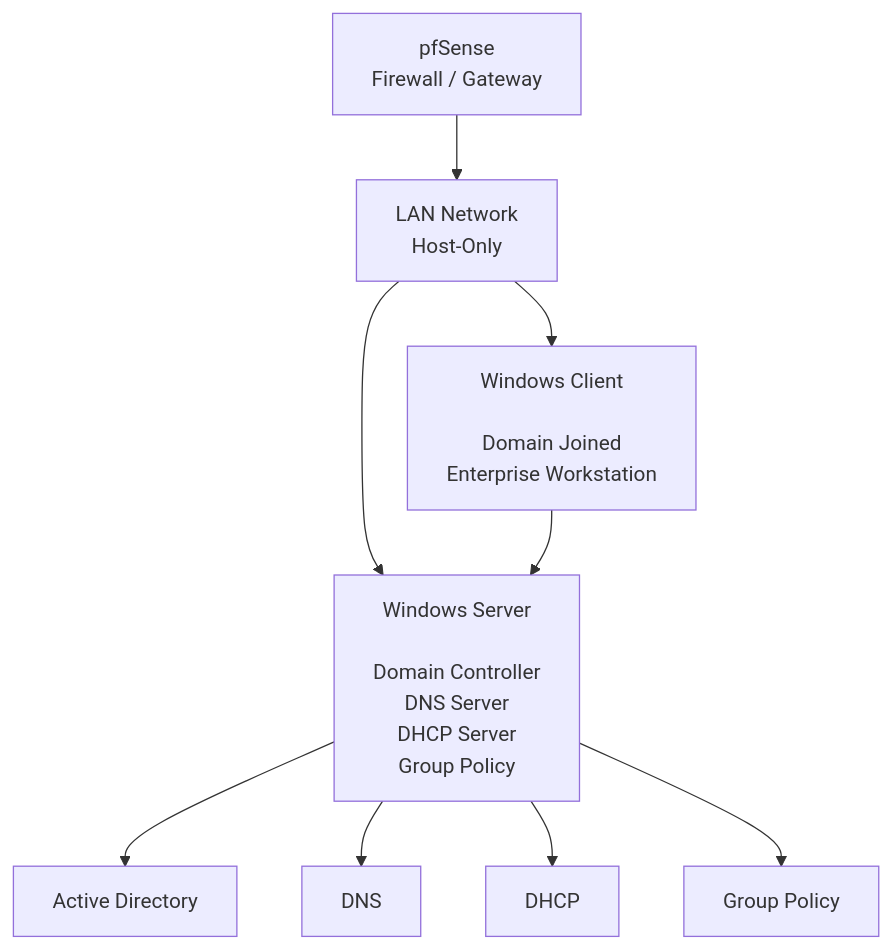
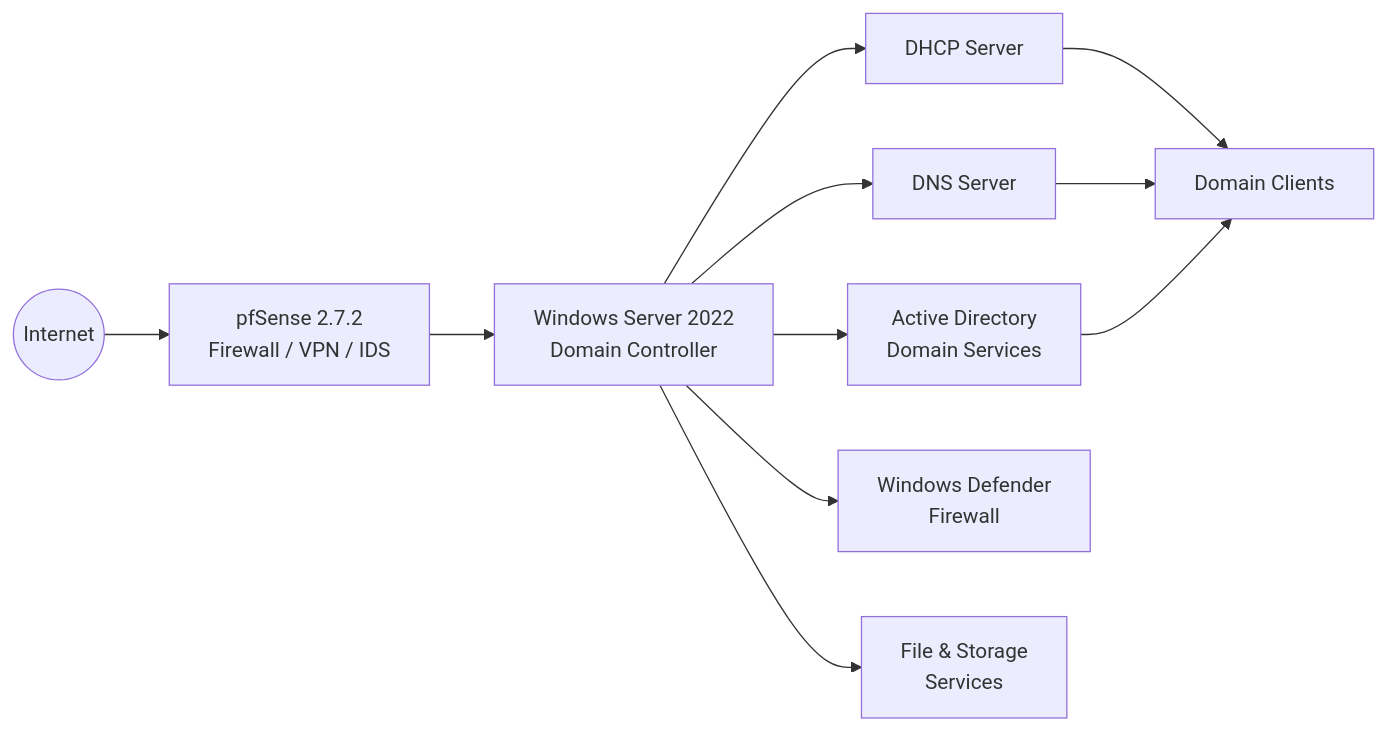
Before and after one commit to MiguelStattmiller/Enterprise-Infrastructure-Lab: the diagram in 01-Windows-Server/README.md, drawn with Mermaid. The commit also changed other lines of this file, not shown here.

````diff
--- a/01-Windows-Server/README.md
+++ b/01-Windows-Server/README.md
@@ -29,27 +29,40 @@
 ```mermaid
-flowchart TD
+flowchart LR
 
-    PF["pfSense<br/>Firewall / Gateway"]
+    Internet((Internet))
 
-    LAN["LAN Network<br/>Host-Only"]
+    pfSense["pfSense 2.7.2
+    Firewall / VPN / IDS"]
 
-    WS["Windows Server<br/><br/>Domain Controller<br/>DNS Server<br/>DHCP Server<br/>Group Policy"]
+    DC["Windows Server 2022
+    Domain Controller"]
 
-    CLIENT["Windows Client<br/><br/>Domain Joined<br/>Enterprise Workstation"]
+    AD["Active Directory
+    Domain Services"]
 
-    AD["Active Directory"]
-    DNS["DNS"]
-    DHCP["DHCP"]
-    GPO["Group Policy"]
+    DNS["DNS Server"]
 
-    PF --> LAN
-    LAN --> WS
-    LAN --> CLIENT
+    DHCP["DHCP Server"]
 
-    WS --> AD
-    WS --> DNS
-    WS --> DHCP
-    WS --> GPO
+    FW["Windows Defender
+    Firewall"]
 
-    CLIENT --> WS
+    FS["File & Storage
+    Services"]
+
+    Clients["Domain Clients"]
+
+    Internet --> pfSense
+
+    pfSense --> DC
+
+    DC --> AD
+    DC --> DNS
+    DC --> DHCP
+    DC --> FW
+    DC --> FS
+
+    DHCP --> Clients
+    DNS --> Clients
+    AD --> Clients
 ```
````
